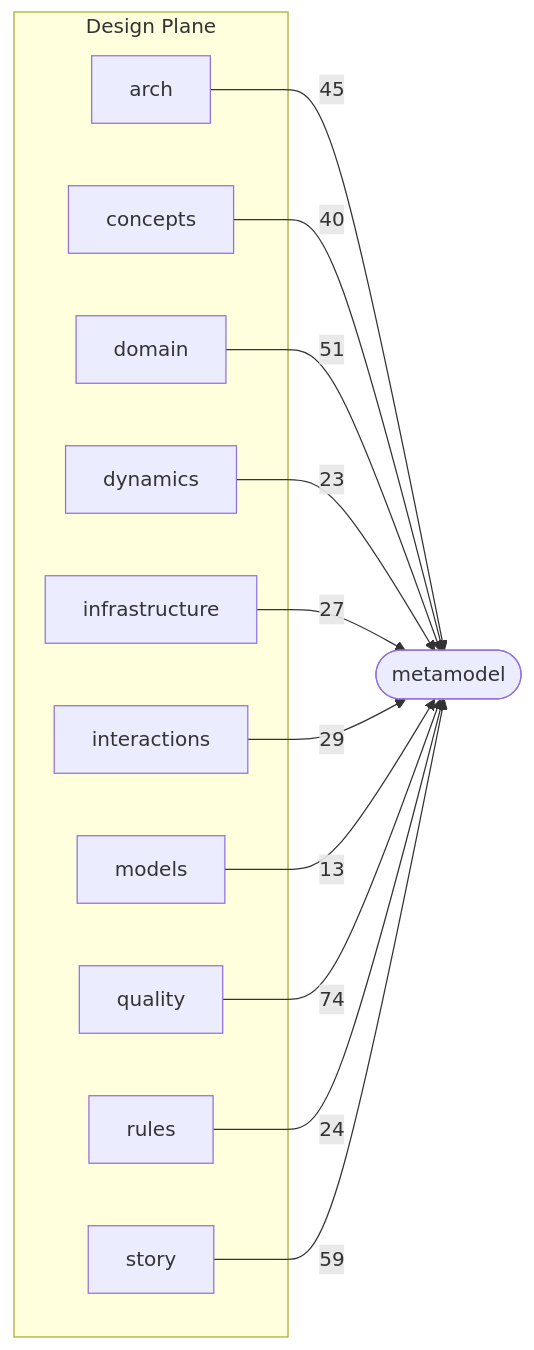
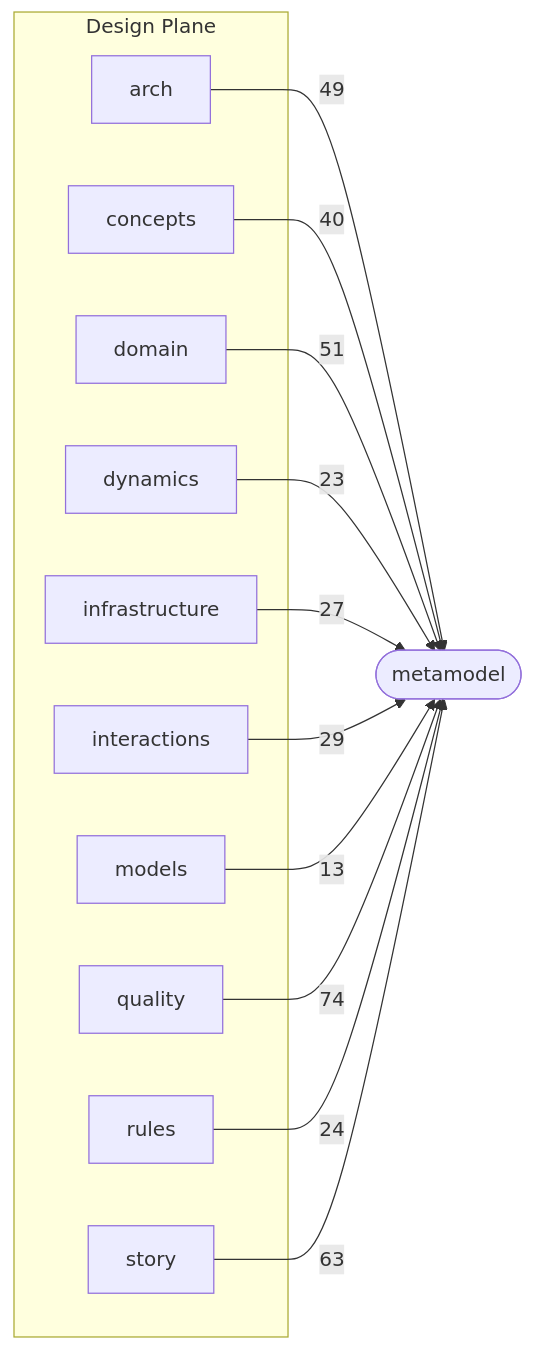
Before and after one commit to Archally/blueprint-schema: the second of 3 diagrams in docs/schema-atlas/v2.8/layer-map.md, drawn with Mermaid. The commit also changed other lines of this file and 13 other files, not shown here.

First line of the commit message:
Blueprint Schema 2.8.29: `service.handles` is removed

````diff
--- a/docs/schema-atlas/v2.8/layer-map.md
+++ b/docs/schema-atlas/v2.8/layer-map.md
@@ -93,26 +93,26 @@
 ```mermaid
 graph LR
     subgraph design_plane["Design Plane"]
         design_arch_schema_yaml["arch"]
         design_concepts_schema_yaml["concepts"]
         design_domain_schema_yaml["domain"]
         design_dynamics_schema_yaml["dynamics"]
         design_infrastructure_schema_yaml["infrastructure"]
         design_interactions_schema_yaml["interactions"]
         design_models_schema_yaml["models"]
         design_quality_schema_yaml["quality"]
         design_rules_schema_yaml["rules"]
         design_story_schema_yaml["story"]
     end
     metamodel_schema_yaml(["metamodel"])
-    design_arch_schema_yaml -->|45| metamodel_schema_yaml
+    design_arch_schema_yaml -->|49| metamodel_schema_yaml
     design_concepts_schema_yaml -->|40| metamodel_schema_yaml
     design_domain_schema_yaml -->|51| metamodel_schema_yaml
     design_dynamics_schema_yaml -->|23| metamodel_schema_yaml
     design_infrastructure_schema_yaml -->|27| metamodel_schema_yaml
     design_interactions_schema_yaml -->|29| metamodel_schema_yaml
     design_models_schema_yaml -->|13| metamodel_schema_yaml
     design_quality_schema_yaml -->|74| metamodel_schema_yaml
     design_rules_schema_yaml -->|24| metamodel_schema_yaml
-    design_story_schema_yaml -->|59| metamodel_schema_yaml
+    design_story_schema_yaml -->|63| metamodel_schema_yaml
 ```
````
